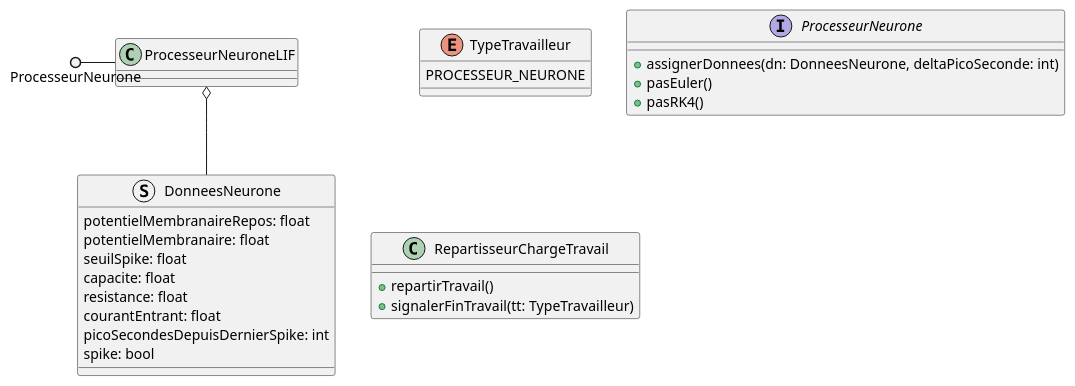
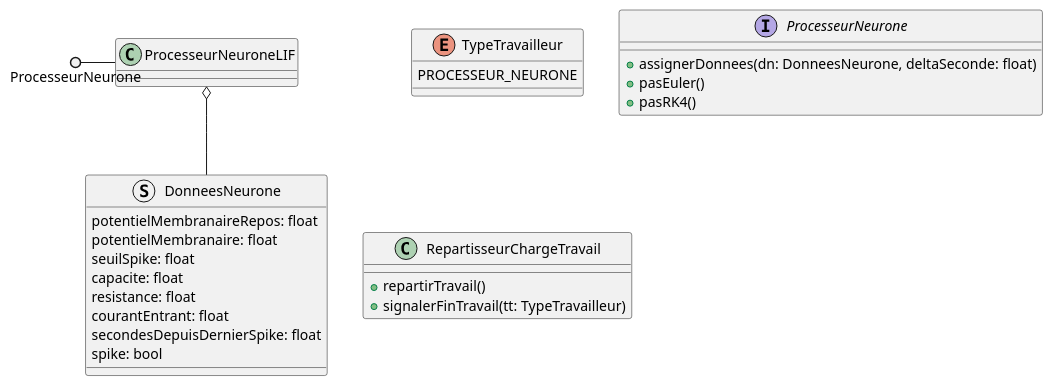
The diagram in TP/docs/diagrams/src/base.puml (lmtb06/Calcul-Neuromorphique), drawn with PlantUML before and after one commit. The commit also changed 4 other files, not shown here.

```diff
--- a/TP/docs/diagrams/src/base.puml
+++ b/TP/docs/diagrams/src/base.puml
@@ -1,43 +1,43 @@
 @startuml
 
 ' class Simulation {
 '     +init()
-'     +pas(deltaPicoSeconde:int)
+'     +pas(deltaSeconde:int)
 ' }
 
 struct DonneesNeurone {
     potentielMembranaireRepos: float
     potentielMembranaire: float
     seuilSpike: float
     capacite: float
     resistance: float
     courantEntrant: float
-    picoSecondesDepuisDernierSpike: int
+    secondesDepuisDernierSpike: float
     spike: bool
 }
 
 enum TypeTravailleur {
     PROCESSEUR_NEURONE
 }
 
 interface ProcesseurNeurone {
-    +assignerDonnees(dn: DonneesNeurone, deltaPicoSeconde: int)
+    +assignerDonnees(dn: DonneesNeurone, deltaSeconde: float)
     +pasEuler()
     +pasRK4()
 }
 
 class ProcesseurNeuroneLIF {
 }
 
 ProcesseurNeurone ()- ProcesseurNeuroneLIF
 
 ProcesseurNeuroneLIF o-- DonneesNeurone
 
 class RepartisseurChargeTravail {
     +repartirTravail()
     +signalerFinTravail(tt: TypeTravailleur)
 }
 
 
 
 @enduml
```
